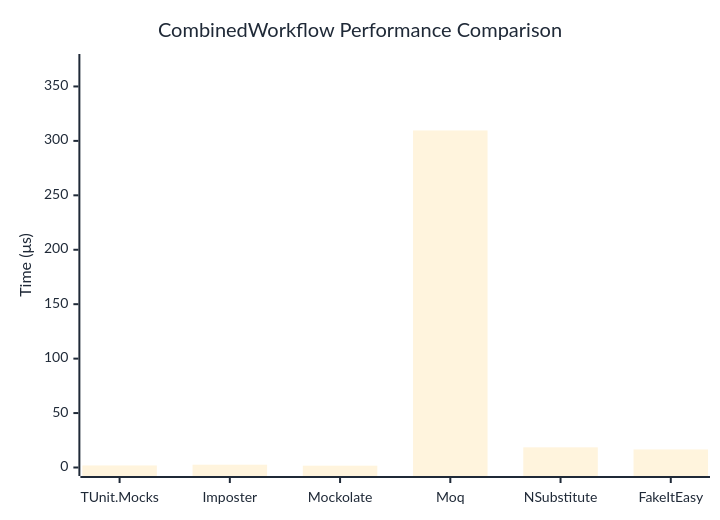
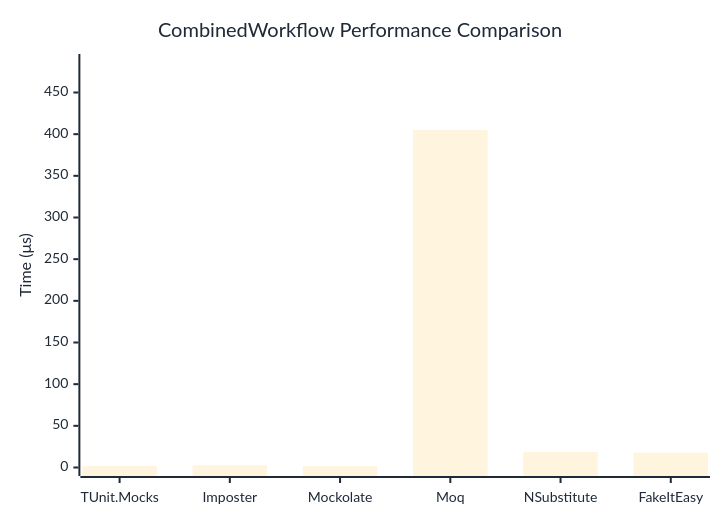
The diagram in docs/docs/benchmarks/mocks/CombinedWorkflow.md (thomhurst/TUnit), drawn with Mermaid before and after one commit. The commit also changed other lines of this file and 14 other files, not shown here.

````diff
--- a/docs/docs/benchmarks/mocks/CombinedWorkflow.md
+++ b/docs/docs/benchmarks/mocks/CombinedWorkflow.md
@@ -30,27 +30,27 @@
 ```mermaid
 %%{init: {
   'theme':'base',
   'themeVariables': {
     'primaryColor': '#2563eb',
     'primaryTextColor': '#1f2937',
     'primaryBorderColor': '#1e40af',
     'lineColor': '#6b7280',
     'secondaryColor': '#7c3aed',
     'tertiaryColor': '#dc2626',
     'background': '#ffffff',
     'pie1': '#2563eb',
     'pie2': '#7c3aed',
     'pie3': '#dc2626',
     'pie4': '#f59e0b',
     'pie5': '#10b981',
     'pie6': '#06b6d4',
     'pie7': '#ec4899',
     'pie8': '#6366f1'
   }
 }}%%
 xychart-beta
   title "CombinedWorkflow Performance Comparison"
   x-axis ["TUnit.Mocks", "Imposter", "Mockolate", "Moq", "NSubstitute", "FakeItEasy"]
-  y-axis "Time (μs)" 0 --> 372
-  bar [1.892, 2.576, 1.667, 309.579, 18.523, 16.596]
+  y-axis "Time (μs)" 0 --> 486
+  bar [1.794, 2.624, 1.608, 404.994, 18.736, 17.817]
 ```
````
